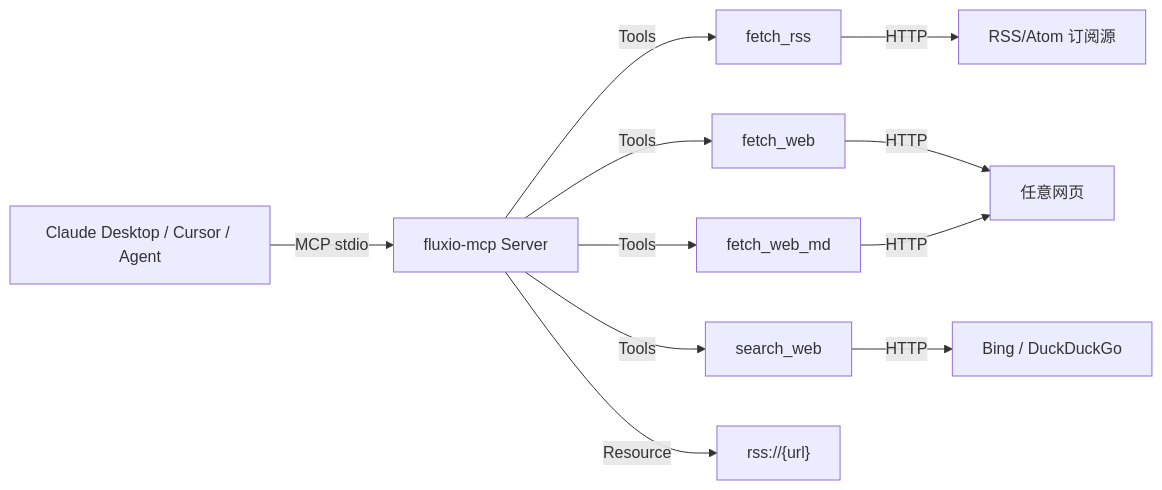
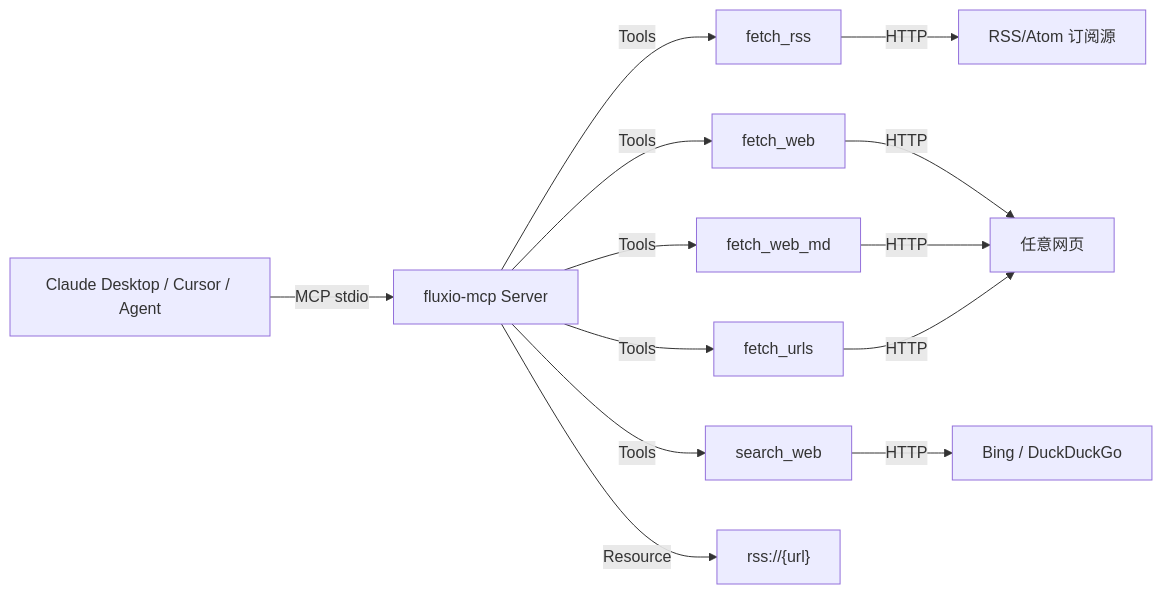
Before and after one commit to IYABAO/fluxio-mcp: the diagram in README.md, drawn with Mermaid. The commit also changed other lines of this file, not shown here.

Commit message:
docs: README 补 fetch_urls（架构图/工具列表/Roadmap 勾选）

````diff
--- a/README.md
+++ b/README.md
@@ -13,13 +13,15 @@
 ```mermaid
 flowchart LR
     A[Claude Desktop / Cursor / Agent] -- MCP stdio --> B[fluxio-mcp Server]
     B -- Tools --> C[fetch_rss]
     B -- Tools --> D[fetch_web]
     B -- Tools --> E[fetch_web_md]
     B -- Tools --> F[search_web]
-    B -- Resource --> G["rss://{url}"]
+    B -- Tools --> G[fetch_urls]
+    B -- Resource --> G2["rss://{url}"]
     C -- HTTP --> H[RSS/Atom 订阅源]
     D -- HTTP --> I[任意网页]
     E -- HTTP --> I
     F -- HTTP --> J[Bing / DuckDuckGo]
+    G -- HTTP --> I
 ```
````
